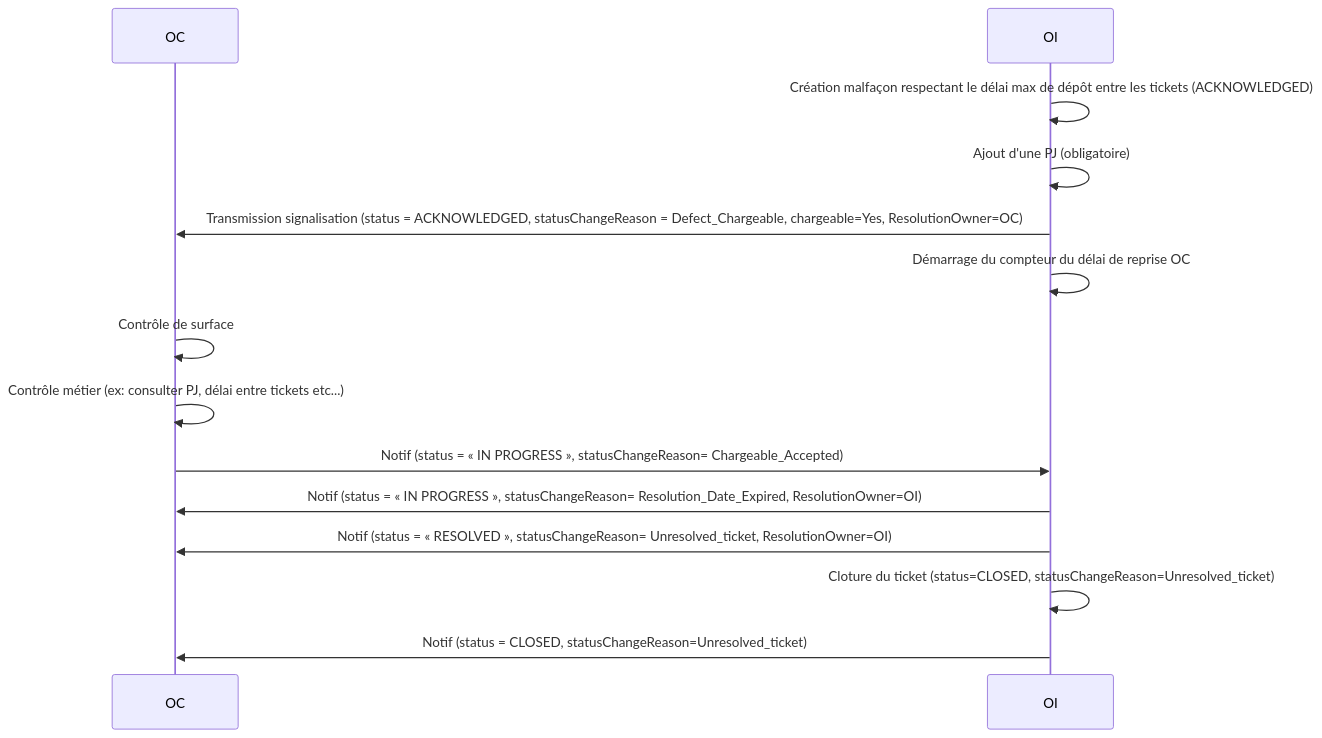
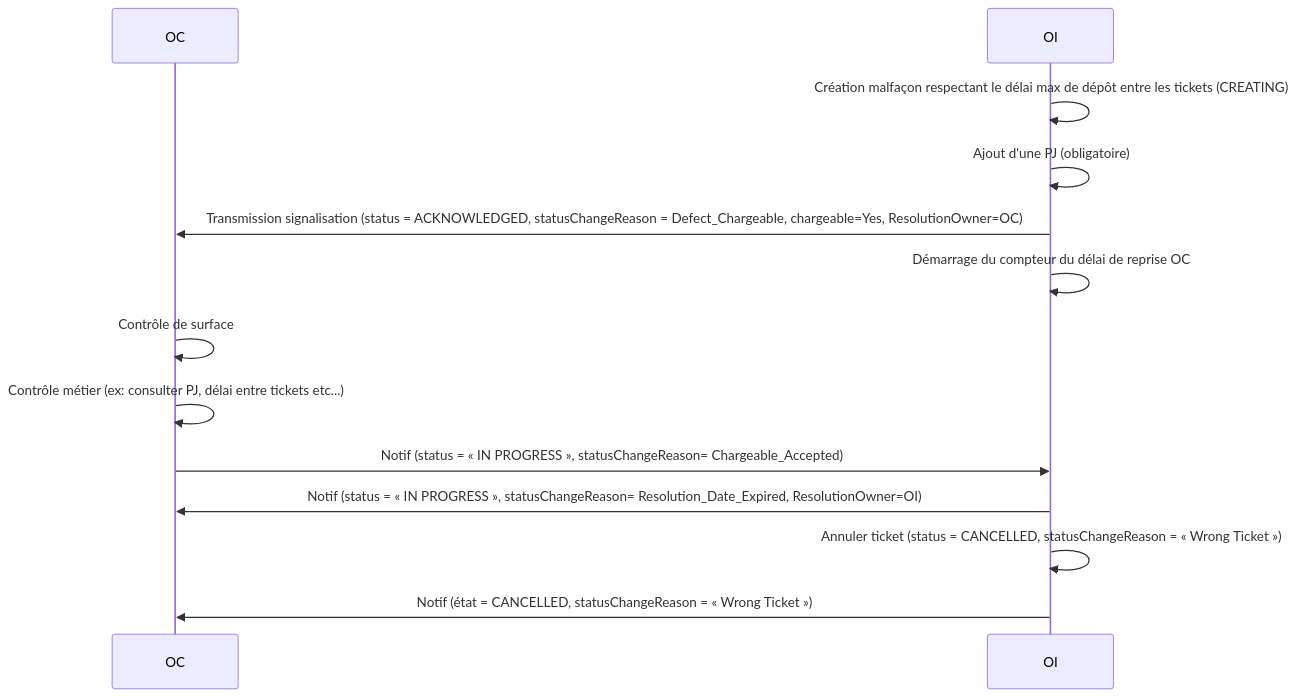
The sixth of 12 diagrams in README.md (before-interop/malfacon), drawn with Mermaid before and after one commit. The commit also changed other lines of this file and 5 other files, not shown here.

````diff
--- a/README.md
+++ b/README.md
@@ -395,18 +440,17 @@
 ```mermaid
 sequenceDiagram
 
   participant OC
   participant OI
 
-  OI->>OI: Création malfaçon respectant le délai max de dépôt entre les tickets (ACKNOWLEDGED)
+  OI->>OI: Création malfaçon respectant le délai max de dépôt entre les tickets (CREATING)
   OI->>OI: Ajout d'une PJ (obligatoire)
   OI->>OC: Transmission signalisation (status = ACKNOWLEDGED, statusChangeReason = Defect_Chargeable, chargeable=Yes, ResolutionOwner=OC)
   OI->>OI: Démarrage du compteur du délai de reprise OC
   OC->>OC: Contrôle de surface
   OC->>OC: Contrôle métier (ex: consulter PJ, délai entre tickets etc...)
-  OC->>OI: Notif (status = « IN PROGRESS », statusChangeReason= Chargeable_Accepted)
-  OI->>OC: Notif (status = « IN PROGRESS », statusChangeReason= Resolution_Date_Expired, ResolutionOwner=OI)
-  OI->>OC: Notif (status = « RESOLVED », statusChangeReason= Unresolved_ticket, ResolutionOwner=OI)
-  OI->>OI: Cloture du ticket (status=CLOSED, statusChangeReason=Unresolved_ticket)
-  OI->>OC: Notif (status = CLOSED, statusChangeReason=Unresolved_ticket)
+  OC->>OI: Notif (status = « IN PROGRESS », statusChangeReason= Chargeable_Accepted)
+  OI->>OC: Notif (status = « IN PROGRESS », statusChangeReason= Resolution_Date_Expired, ResolutionOwner=OI)
+  OI->>OI: Annuler ticket (status = CANCELLED, statusChangeReason = « Wrong Ticket »)
+  OI->>OC: Notif (état = CANCELLED, statusChangeReason = « Wrong Ticket »)
 ```
````
